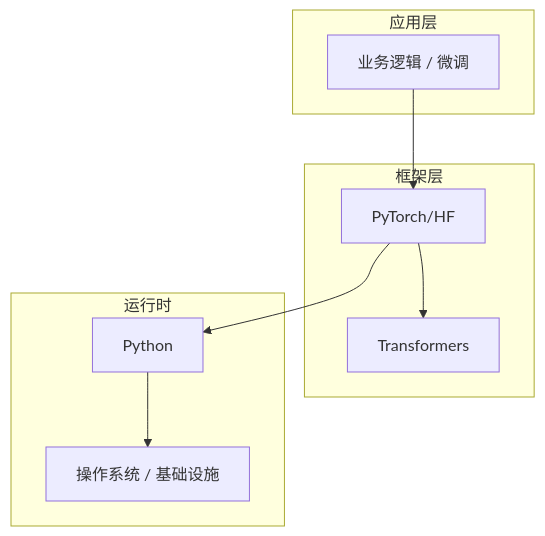
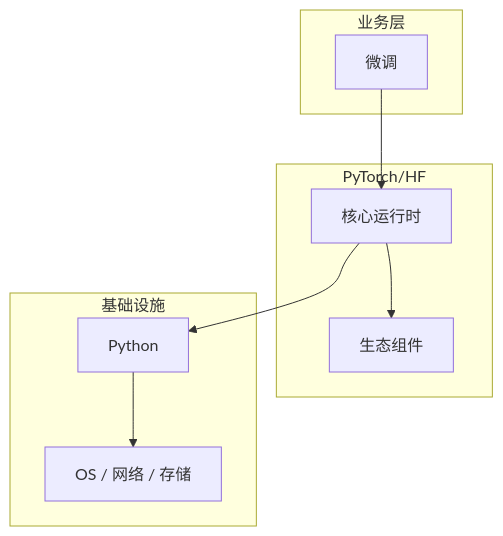
Before and after one commit to yanggan2015/knowledge-json-v2: the diagram in articles/大语言模型/chapters/033-微调核心概念与原理.md, drawn with Mermaid. The commit also changed other lines of this file and 10127 other files, not shown here.

````diff
--- a/articles/大语言模型/chapters/033-微调核心概念与原理.md
+++ b/articles/大语言模型/chapters/033-微调核心概念与原理.md
@@ -45,18 +30,18 @@
 ```mermaid
 graph TB
-    subgraph 应用层
-        A[业务逻辑 / 微调]
+    subgraph 业务层
+        A[微调]
     end
-    subgraph 框架层
-        B[PyTorch/HF]
-        C[Transformers]
+    subgraph PyTorch/HF
+        B[核心运行时]
+        C[生态组件]
     end
-    subgraph 运行时
+    subgraph 基础设施
         D[Python]
-        E[操作系统 / 基础设施]
+        E[OS / 网络 / 存储]
     end
     A --> B
     B --> C
     B --> D
     D --> E
 ```
````
